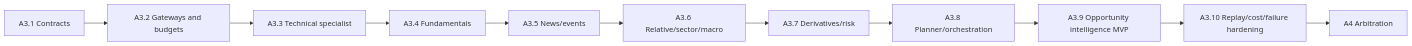
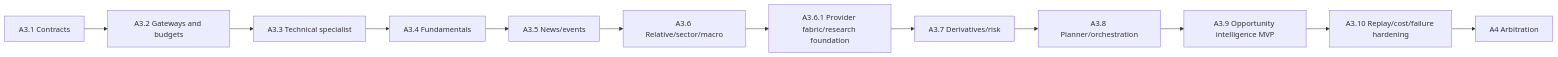
Before and after one commit to chbisw07/TradingIntelligence: the diagram in docs/TIAF_A3_DETAILED_ROADMAP.md, drawn with Mermaid. The commit also changed other lines of this file and 12 other files, not shown here.

Commit message:
docs: define A3.6.1 market intelligence provider fabric

````diff
--- a/docs/TIAF_A3_DETAILED_ROADMAP.md
+++ b/docs/TIAF_A3_DETAILED_ROADMAP.md
@@ -56,13 +62,14 @@
 ```mermaid
 flowchart LR
     A31[A3.1 Contracts] --> A32[A3.2 Gateways and budgets]
     A32 --> A33[A3.3 Technical specialist]
     A33 --> A34[A3.4 Fundamentals]
     A34 --> A35[A3.5 News/events]
     A35 --> A36[A3.6 Relative/sector/macro]
-    A36 --> A37[A3.7 Derivatives/risk]
+    A36 --> A361[A3.6.1 Provider fabric/research foundation]
+    A361 --> A37[A3.7 Derivatives/risk]
     A37 --> A38[A3.8 Planner/orchestration]
     A38 --> A39[A3.9 Opportunity intelligence MVP]
     A39 --> A310[A3.10 Replay/cost/failure hardening]
     A310 --> A4[A4 Arbitration]
 ```
````
